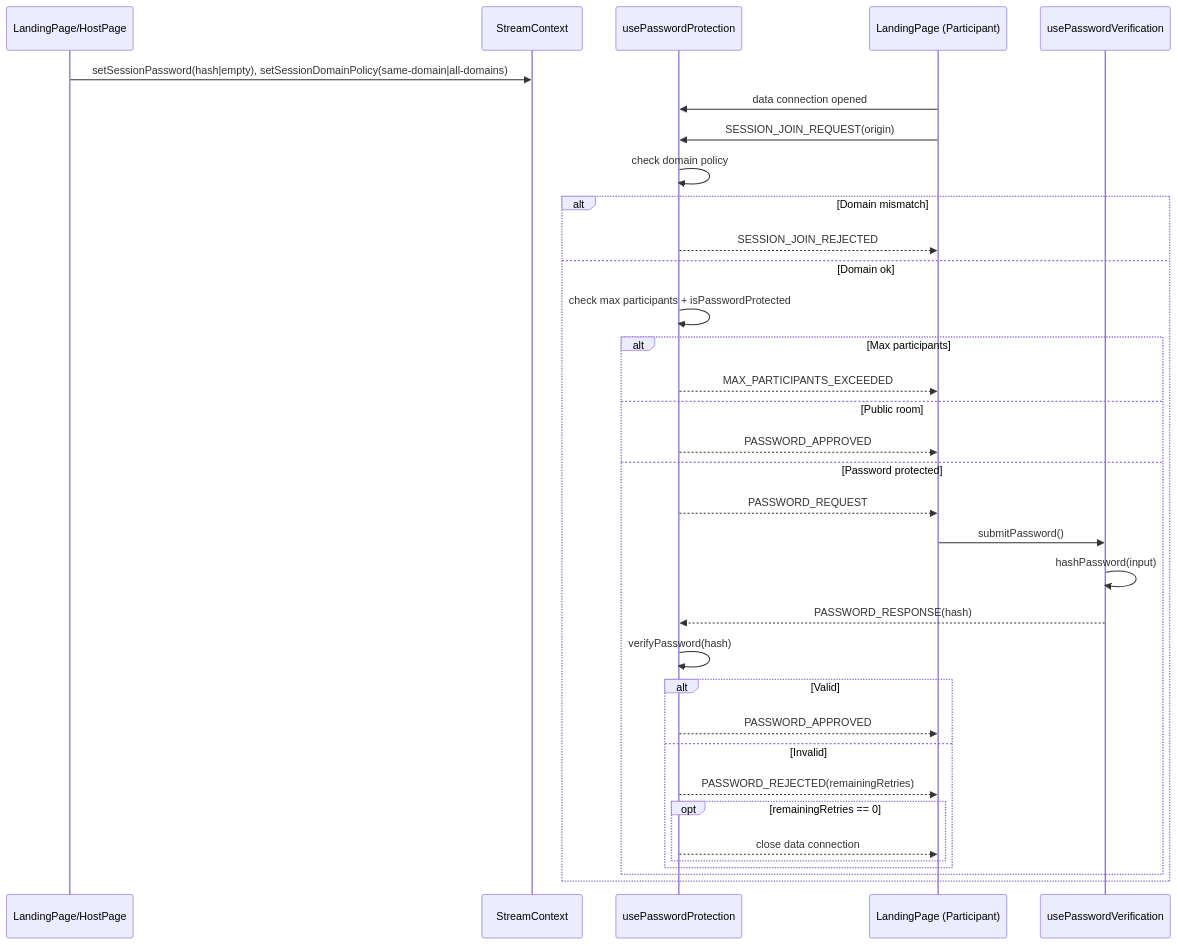
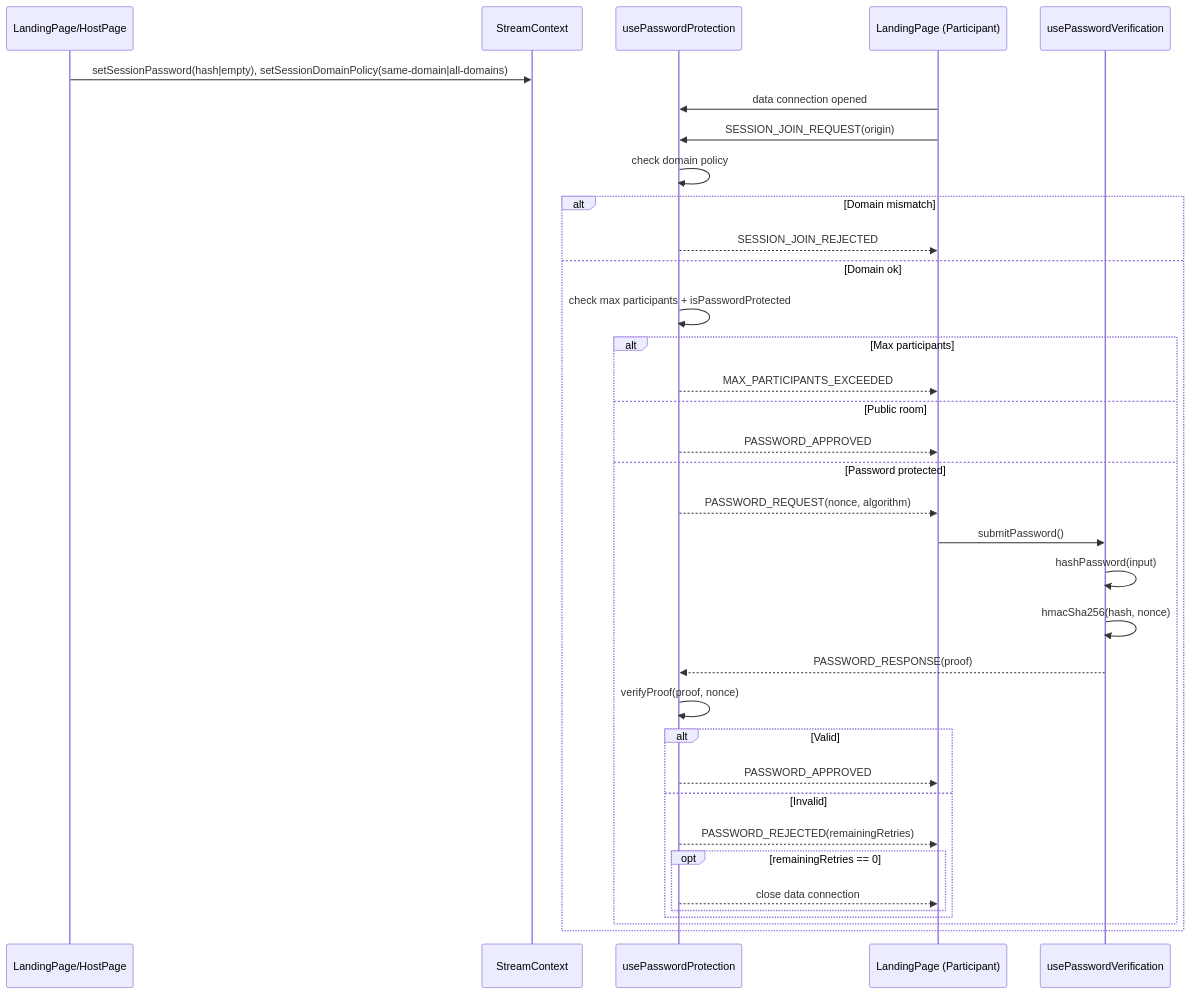
Before and after one commit to BackGwa/Perspective: the second of 9 diagrams in ARCHITECTURE.md, drawn with Mermaid. The commit also changed other lines of this file and 3 other files, not shown here.

First line of the commit message:
Enhance password security with HMAC verification

````diff
--- a/ARCHITECTURE.md
+++ b/ARCHITECTURE.md
@@ -59,38 +60,39 @@
 ```mermaid
 sequenceDiagram
     participant Host as LandingPage/HostPage
     participant SC as StreamContext
     participant PwdH as usePasswordProtection
     participant Part as LandingPage (Participant)
     participant PwdV as usePasswordVerification
 
     Host->>SC: setSessionPassword(hash|empty), setSessionDomainPolicy(same-domain|all-domains)
     Part->>PwdH: data connection opened
     Part->>PwdH: SESSION_JOIN_REQUEST(origin)
     PwdH->>PwdH: check domain policy
 
     alt Domain mismatch
         PwdH-->>Part: SESSION_JOIN_REJECTED
     else Domain ok
         PwdH->>PwdH: check max participants + isPasswordProtected
         alt Max participants
             PwdH-->>Part: MAX_PARTICIPANTS_EXCEEDED
         else Public room
             PwdH-->>Part: PASSWORD_APPROVED
         else Password protected
-            PwdH-->>Part: PASSWORD_REQUEST
+            PwdH-->>Part: PASSWORD_REQUEST(nonce, algorithm)
             Part->>PwdV: submitPassword()
             PwdV->>PwdV: hashPassword(input)
-            PwdV-->>PwdH: PASSWORD_RESPONSE(hash)
-            PwdH->>PwdH: verifyPassword(hash)
+            PwdV->>PwdV: hmacSha256(hash, nonce)
+            PwdV-->>PwdH: PASSWORD_RESPONSE(proof)
+            PwdH->>PwdH: verifyProof(proof, nonce)
             alt Valid
                 PwdH-->>Part: PASSWORD_APPROVED
             else Invalid
                 PwdH-->>Part: PASSWORD_REJECTED(remainingRetries)
                 opt remainingRetries == 0
                     PwdH-->>Part: close data connection
                 end
             end
         end
     end
 ```
````
